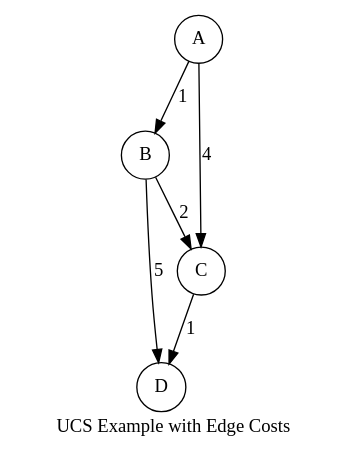
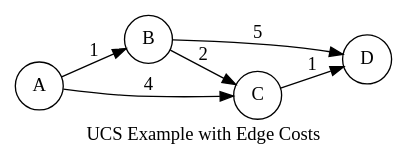
The diagram in ucs.qmd (brpuneet898/ai-smps-guide), drawn with Graphviz before and after one commit. The commit also changed 9 other files, not shown here.

````diff
--- a/ucs.qmd
+++ b/ucs.qmd
@@ -40,16 +40,16 @@
 ```{dot}
 digraph ucs_graph {
   A [label="A" shape=circle];
   B [label="B" shape=circle];
   C [label="C" shape=circle];
   D [label="D" shape=circle];
   A -> B [label="1"];
   A -> C [label="4"];
   B -> C [label="2"];
   B -> D [label="5"];
   C -> D [label="1"];
-  rankdir="TB"; 
+  rankdir="LR"; 
   labelloc="b";
   label="UCS Example with Edge Costs";
 }
 ```
````
